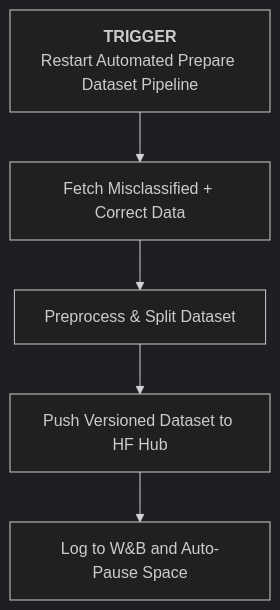
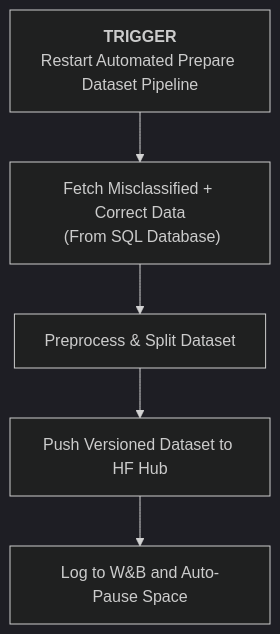
One commit to fuseai-fellowship/Sambodhan-AI-Powered-Grievance-Redressal-System-for-Local-Governance changed the first of 2 diagrams in README.md. Above: the diagram before and after it, drawn with Mermaid (dark theme).

Commit message:
feat: clarify data fetching source in workflow diagram
Updated the flowchart to specify data fetching source.

````diff
--- a/README.md
+++ b/README.md
@@ -158,7 +158,7 @@
 ```mermaid
 flowchart TD
-    A["<b>TRIGGER</b><br>Restart Automated Prepare Dataset Pipeline"] --> B["Fetch Misclassified + Correct Data"]
+    A["<b>TRIGGER</b><br>Restart Automated Prepare Dataset Pipeline"] --> B["Fetch Misclassified + Correct Data</br> (From SQL Database)"]
     B --> C["Preprocess & Split Dataset"]
     C --> D["Push Versioned Dataset to HF Hub"]
     D --> E["Log to W&B and Auto-Pause Space"]
 ```
````
